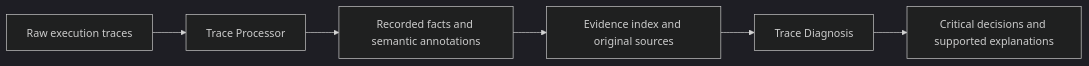
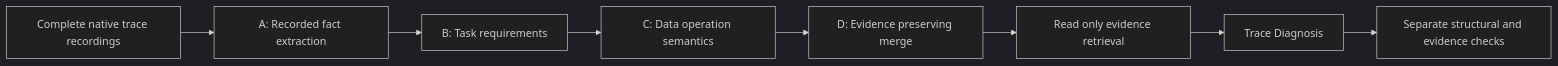
One commit to He-Qianyi/data-agent-trace changed the diagram in README.md. Above: the diagram before and after it, drawn with Mermaid (dark theme). The commit also changed other lines of this file and 167 other files, not shown here.

````diff
--- a/README.md
+++ b/README.md
@@ -13,8 +11,10 @@
 ```mermaid
 flowchart LR
-    A[Raw execution traces] --> B[Trace Processor]
-    B --> C[Recorded facts and semantic annotations]
-    C --> D[Evidence index and original sources]
-    D --> E[Trace Diagnosis]
-    E --> F[Critical decisions and supported explanations]
+    A[Complete native trace recordings] --> B[A: Recorded fact extraction]
+    B --> C[B: Task requirements]
+    C --> D[C: Data operation semantics]
+    D --> E[D: Evidence preserving merge]
+    E --> F[Read only evidence retrieval]
+    F --> G[Trace Diagnosis]
+    G --> H[Separate structural and evidence checks]
 ```
````
